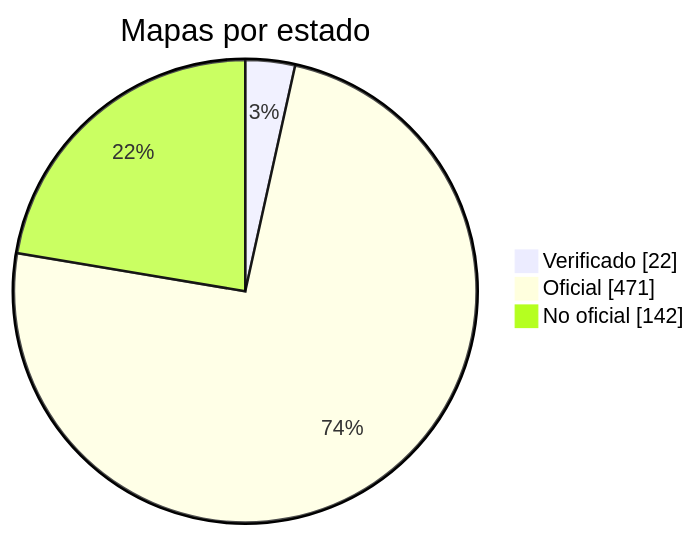
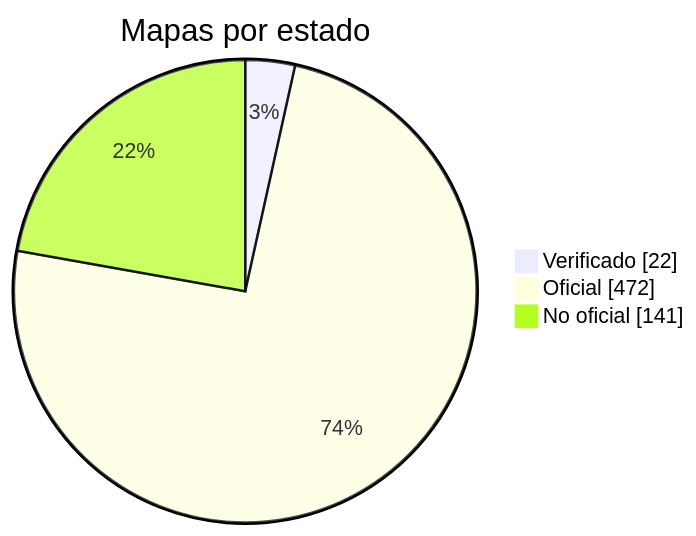
The diagram in docs/readme/README_ES.md (nobrega8/mbmap-library), drawn with Mermaid before and after one commit. The commit also changed 6 other files, not shown here.

````diff
--- a/docs/readme/README_ES.md
+++ b/docs/readme/README_ES.md
@@ -54,7 +54,7 @@
 ```mermaid
 pie showData
     title Mapas por estado
     "Verificado" : 22
-    "Oficial" : 471
-    "No oficial" : 142
+    "Oficial" : 472
+    "No oficial" : 141
 ```
````
